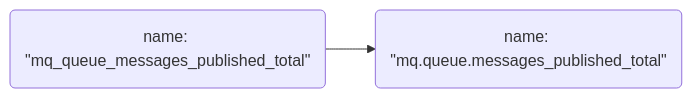
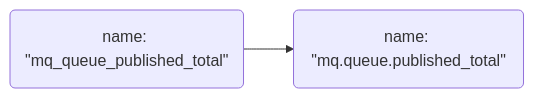
One commit to evan-bradley/ottl-cookbook changed the diagram in code/prom-0-rename.mmd. Above: the diagram before and after it, drawn with Mermaid. The commit also changed 10 other files, not shown here.

```diff
--- a/code/prom-0-rename.mmd
+++ b/code/prom-0-rename.mmd
@@ -1,4 +1,6 @@
 flowchart LR
-    metric0(name: &quot;mq_queue_messages_published_total&quot;)
-    metric1(name: &quot;mq.queue.messages_published_total&quot;)
+    classDef small font-size: 9px;
+
+    metric0(name: &quot;mq_queue_published_total&quot;)
+    metric1(name: &quot;mq.queue.published_total&quot;)
     metric0 --> metric1
```
